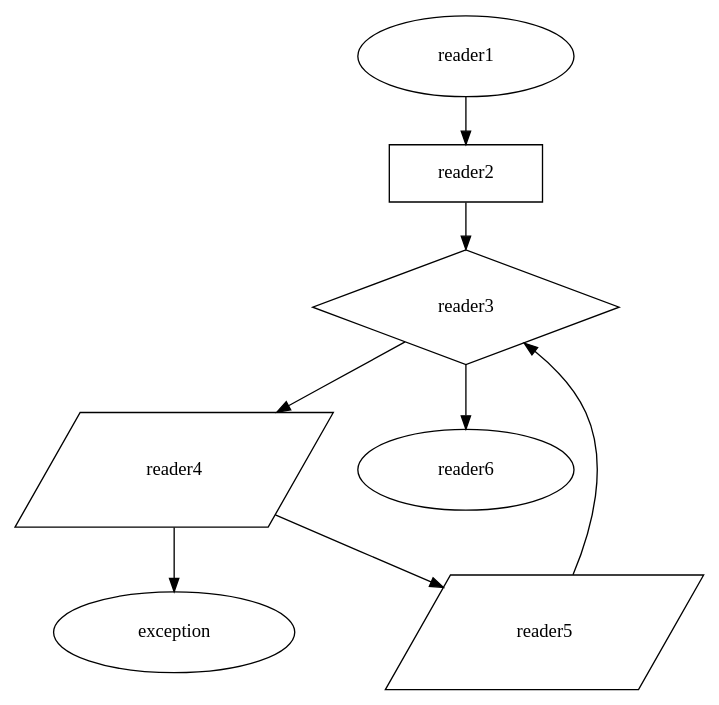
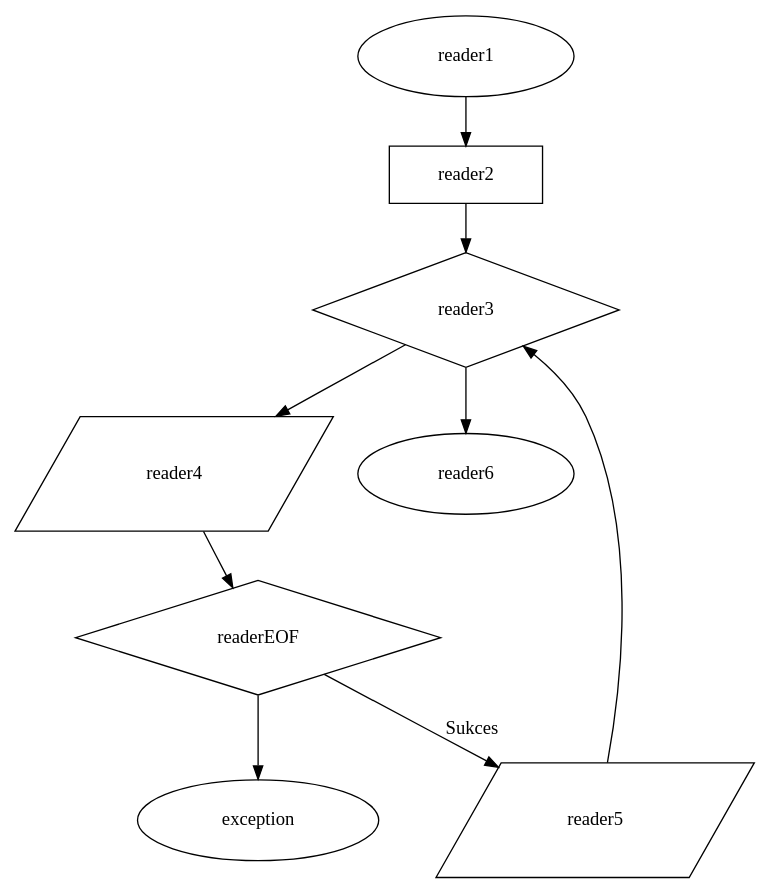
Before and after one commit to HakierGrzonzo/modradio: the diagram in docs/reader.dot, drawn with Graphviz. The commit also changed 5 other files, not shown here.

```diff
--- a/docs/reader.dot
+++ b/docs/reader.dot
@@ -1,38 +1,43 @@
 digraph G {
     node    [
         lblstyle="text width=8em,align=center"
         margin=".4,.2"
     ]
     reader1 [
         texlbl="\texttt{call()}"
     ]
     reader2 [
         texlbl="Ustaw zmienną \texttt{reader} na \texttt{null}"
         shape=rect
     ]
     reader1 -> reader2;
     reader3 [
         texlbl="\texttt{reader == null}"
         shape=diamond
     ]
     reader2 -> reader3;
     reader4 [
-        texlbl="Spróbuj zczytać linjkę z stdin do zmiennej \texttt{filepath}"
+        texlbl="Zczytaj linjkę z stdin do zmiennej \texttt{filepath}"
         shape=parallelogram
     ]
+    readerEOF [
+        texlbl="EOFexception?"
+        shape=diamond
+    ]
+        reader4 -> readerEOF;
     exception [
         texlbl="Zwróć wyjątek"
     ]
-    reader4 -> exception [texlbl="Koniec stdin"]
+    readerEOF -> exception [texlbl="Koniec stdin"]
     reader3 -> reader4 [texlbl="true"]
     reader5 [
         texlbl="Spróbuj odczytać plik w ścieżce \texttt{filepath}"
         shape=parallelogram
     ]
-    reader4 -> reader5;
+    readerEOF -> reader5 [label="Sukces"];
     reader5 -> reader3;
     reader6 [
         texlbl="Zwróć \texttt{reader}"
     ]
     reader3 -> reader6 [texlbl="false"]
 }
```
